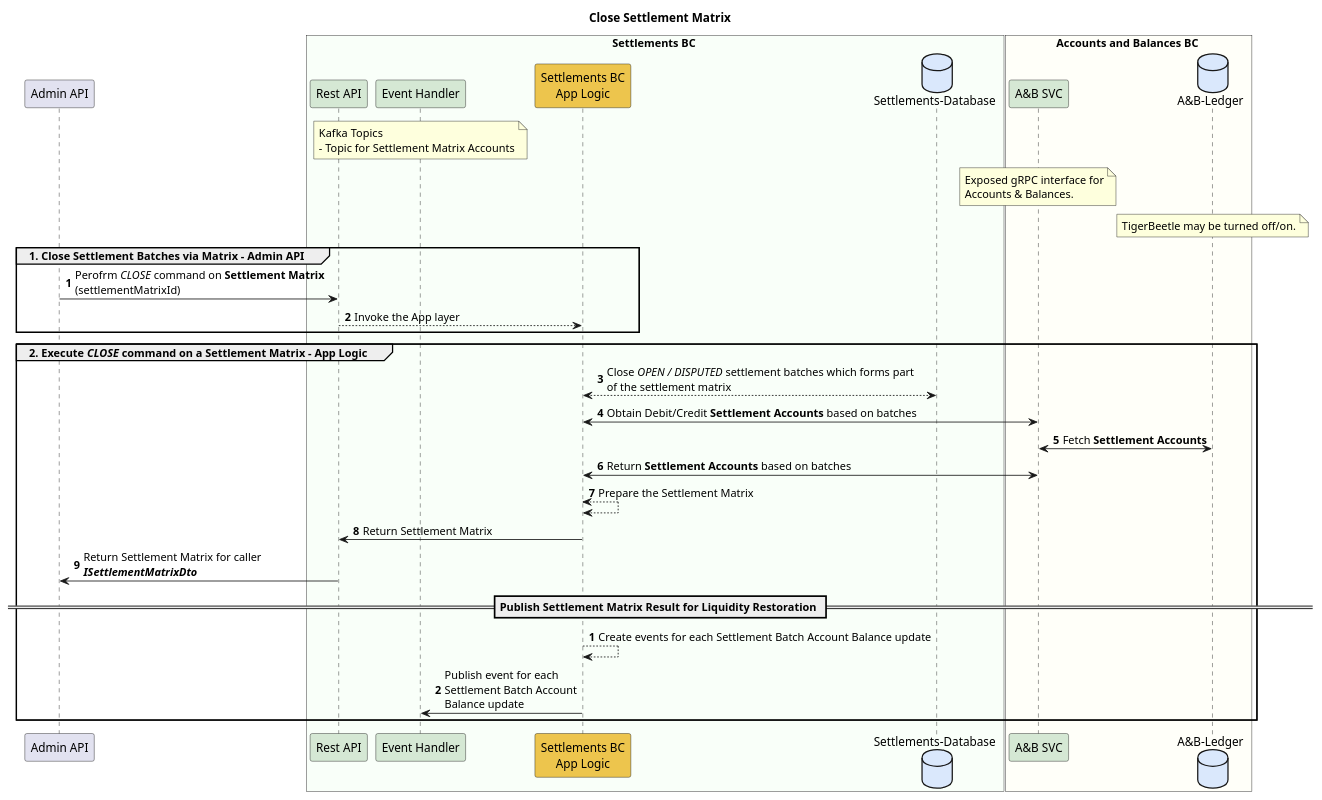
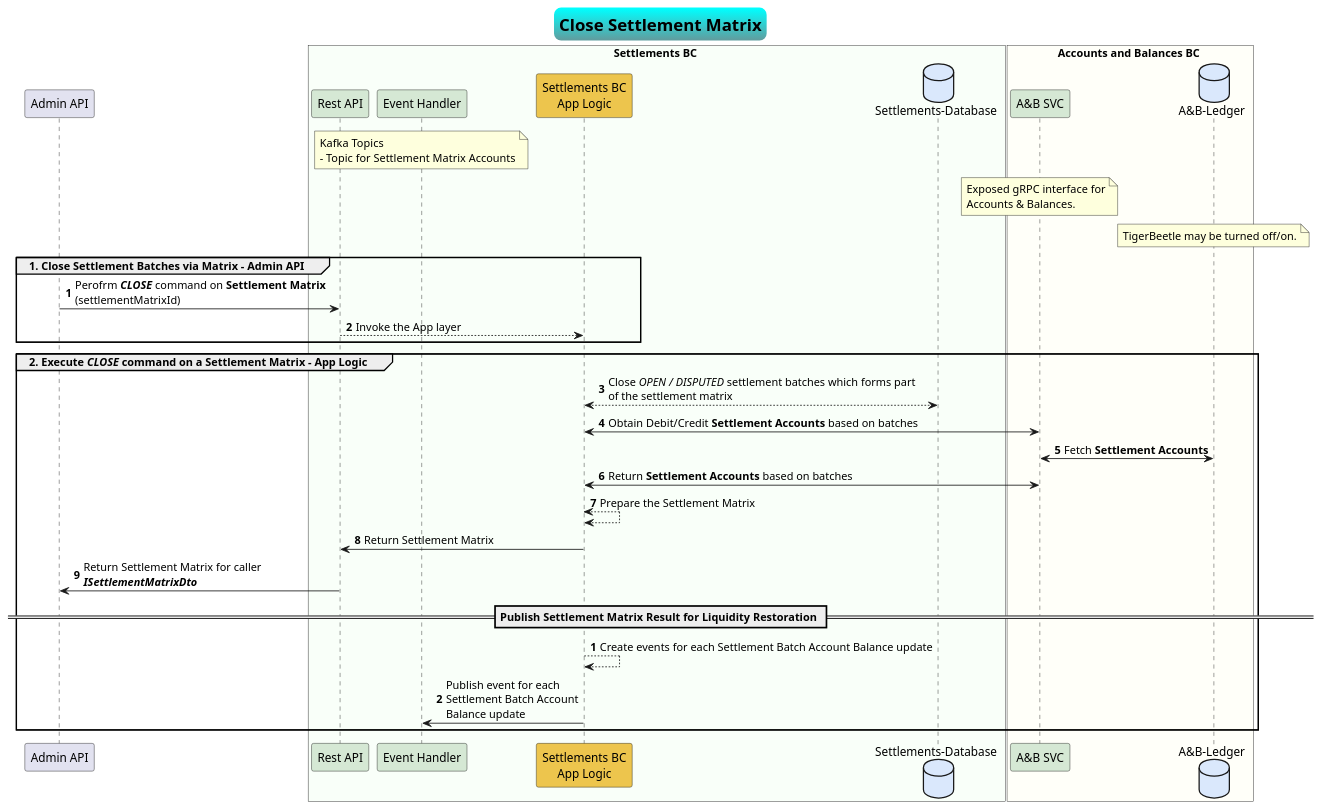
One commit to mojaloop/settlements-bc changed the diagram in docs/flows/03-settlement-matrix-close.puml. Above: the diagram before and after it, drawn with PlantUML. The commit also changed 16 other files, not shown here.

```diff
--- a/docs/flows/03-settlement-matrix-close.puml
+++ b/docs/flows/03-settlement-matrix-close.puml
@@ -1,50 +1,55 @@
 @startuml
 
+skinparam TitleFontSize 20
+skinparam titleBorderRoundCorner 15
+skinparam titleBorderThickness 2
+skinparam titleBorderColor Aqua-CadetBlue
+skinparam titleBackgroundColor Aqua-CadetBlue
 title Close Settlement Matrix
 
 participant "Admin API" as ext_cl
 
 box Settlements BC #F9FFF9
     participant "Rest API" as sbc_rest #D5E8D4
     participant "Event Handler" as sbc_event #D5E8D4
     note over sbc_event
         Kafka Topics
         - Topic for Settlement Matrix Accounts
     end note
     participant "Settlements BC\nApp Logic" as sbc_app_logic #EDC54D
     database "Settlements-Database" as sbc_db #DAE8FC
 end box
 
 box Accounts and Balances BC #FFFFF9
     participant "A&B SVC" as abbc_grpc #D5E8D4
     database "A&B-Ledger" as abbc_tigerbeetle #DAE8FC
     note over abbc_grpc
         Exposed gRPC interface for
         Accounts & Balances.
     end note
     note over abbc_tigerbeetle
         TigerBeetle may be turned off/on.
     end note
 end box
 
 group 1. Close Settlement Batches via Matrix - Admin API
 autonumber
-    ext_cl -> sbc_rest : Perofrm //CLOSE// command on **Settlement Matrix**\n(settlementMatrixId)
+    ext_cl -> sbc_rest : Perofrm //**CLOSE**// command on **Settlement Matrix**\n(settlementMatrixId)
     sbc_rest --> sbc_app_logic : Invoke the App layer
 end
 
 group 2. Execute //CLOSE// command on a Settlement Matrix - App Logic
     sbc_app_logic <--> sbc_db : Close //OPEN / DISPUTED// settlement batches which forms part \nof the settlement matrix
     sbc_app_logic <-> abbc_grpc : Obtain Debit/Credit **Settlement Accounts** based on batches
     abbc_grpc <-> abbc_tigerbeetle: Fetch **Settlement Accounts**
     abbc_grpc <-> sbc_app_logic : Return **Settlement Accounts** based on batches
     sbc_app_logic <--> sbc_app_logic : Prepare the Settlement Matrix
     sbc_app_logic -> sbc_rest : Return Settlement Matrix
     sbc_rest -> ext_cl : Return Settlement Matrix for caller\n**//ISettlementMatrixDto//**
 autonumber
     == Publish Settlement Matrix Result for Liquidity Restoration ==
     sbc_app_logic --> sbc_app_logic : Create events for each Settlement Batch Account Balance update
     sbc_app_logic -> sbc_event : Publish event for each\nSettlement Batch Account\nBalance update
 end
 
 @enduml
```
